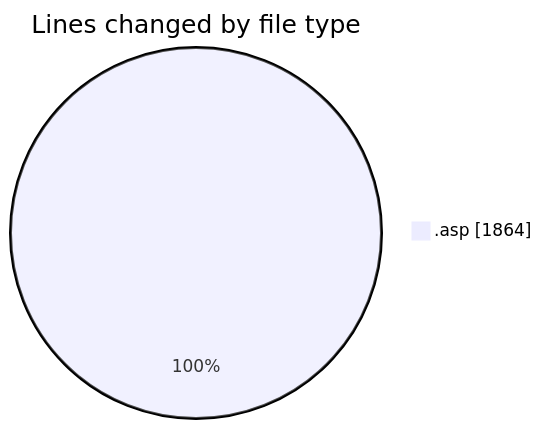
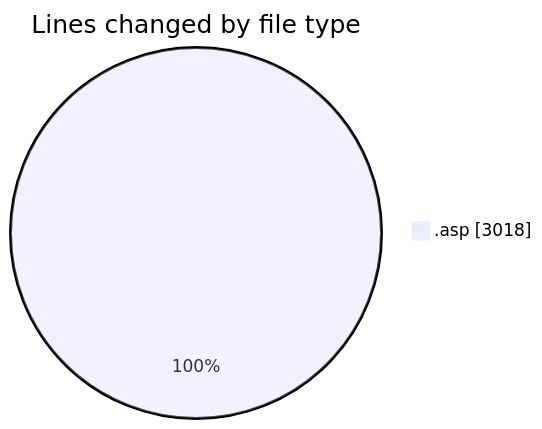
Before and after one commit to julien-gomy/code-tracking: the first of 2 diagrams in 2025-11-28/cdp_aleoudev_fr__workspace_/README.md, drawn with Mermaid. The commit also changed other lines of this file and 1 other file, not shown here.

````diff
--- a/2025-11-28/cdp_aleoudev_fr__workspace_/README.md
+++ b/2025-11-28/cdp_aleoudev_fr__workspace_/README.md
@@ -21,5 +22,5 @@
 ```mermaid
 pie showData
 title Lines changed by file type
-".asp" : 1864
+".asp" : 3018
 ```
````
